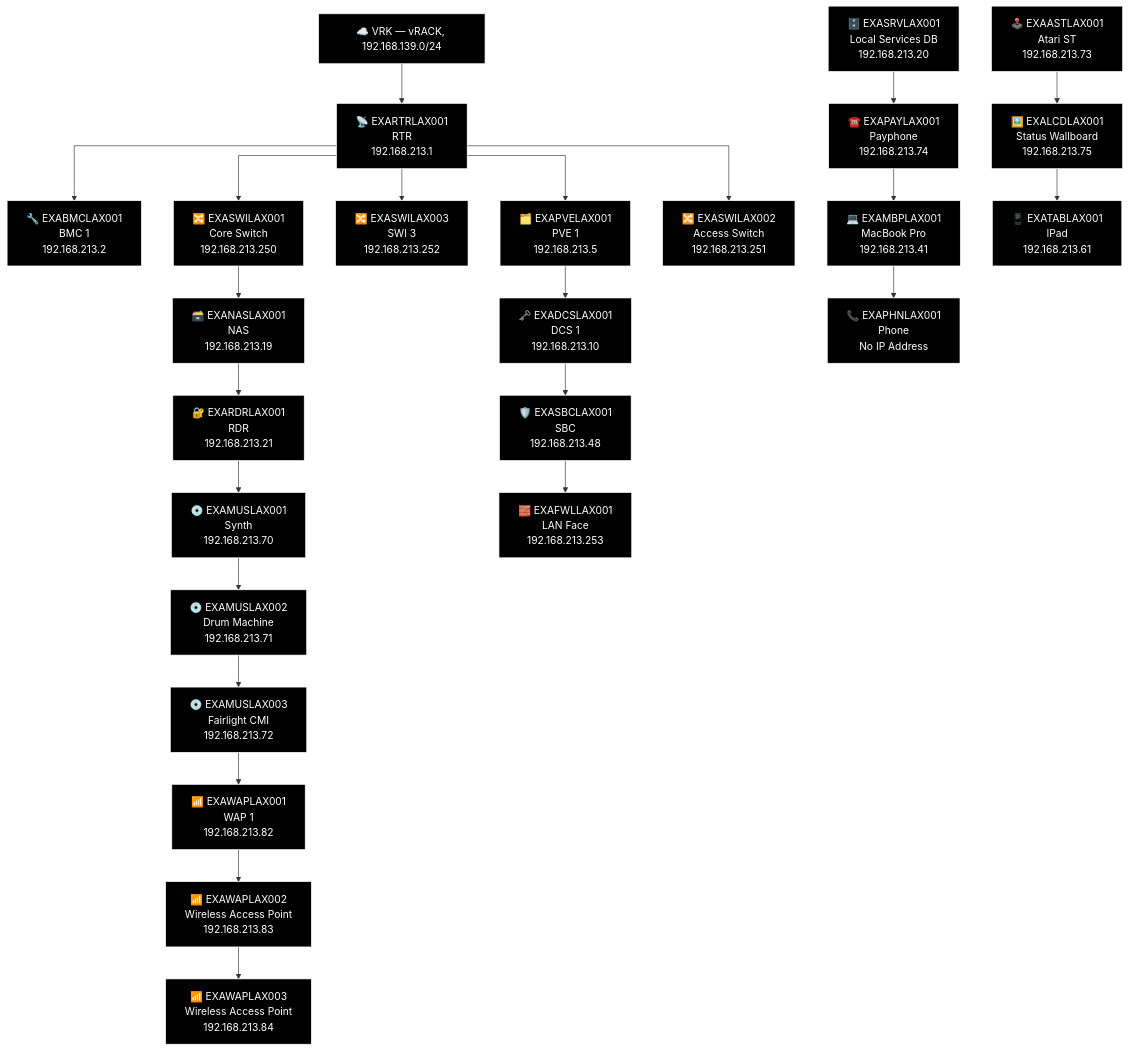
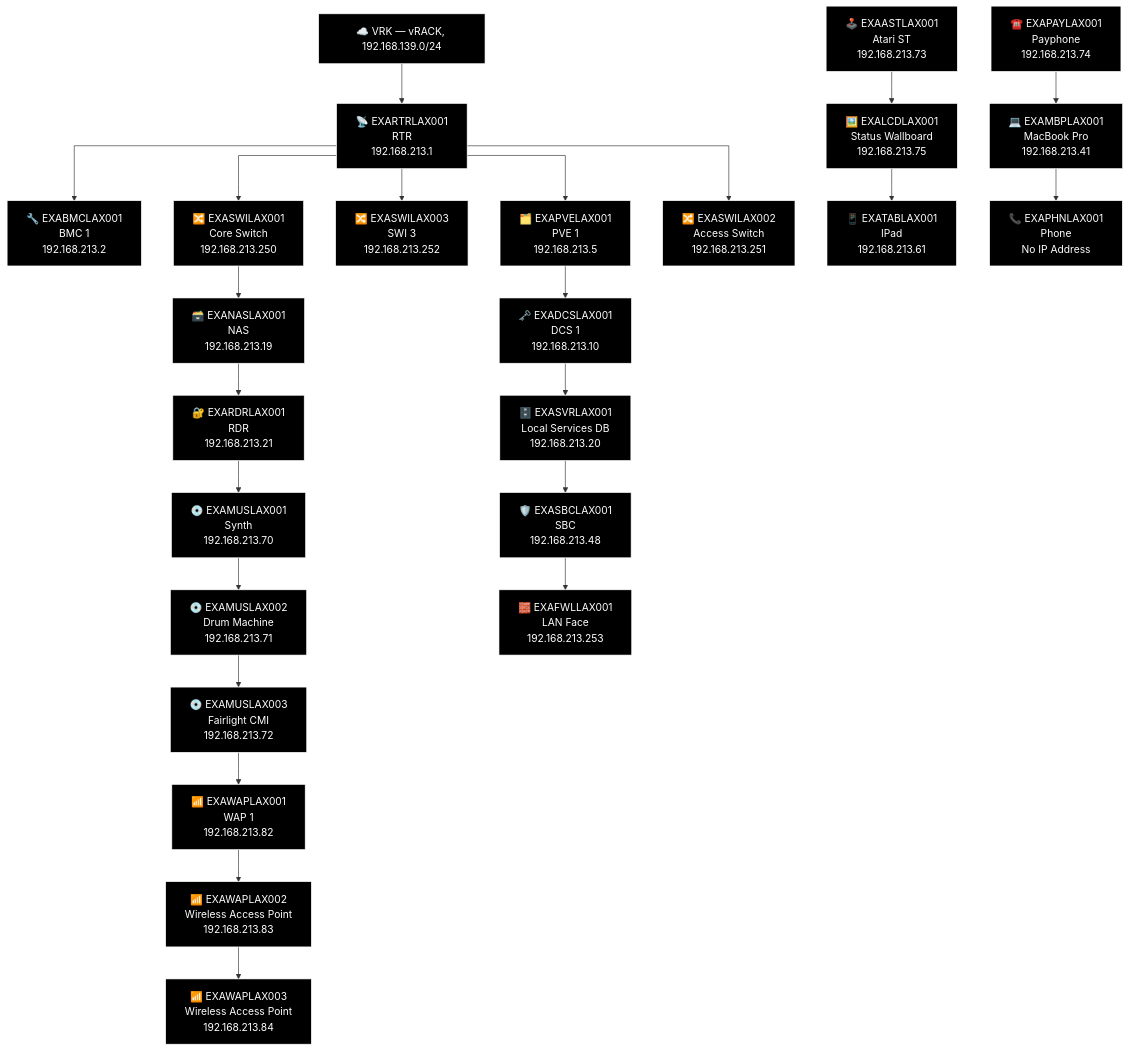
Before and after one commit to knightmare2600/example_music_infra: the third of 19 diagrams in docs/network-diagram/united-states.md, drawn with Mermaid. The commit also changed other lines of this file and 44 other files, not shown here.

````diff
--- a/docs/network-diagram/united-states.md
+++ b/docs/network-diagram/united-states.md
@@ -128,66 +128,66 @@
 ```mermaid
 %% GENERATED:TOPOLOGY:LAX:START
 %%{init: {'flowchart': {'curve': 'stepAfter'}}}%%
 graph TD
     T_VRK["☁️ VRK — vRACK, 192.168.139.0/24"]
     T_RTR["📡 EXARTRLAX001<br/>RTR<br/>192.168.213.1"]
     T_VRK --> T_RTR
     T_BMC["🔧 EXABMCLAX001<br/>BMC 1<br/>192.168.213.2"]
     T_RTR --> T_BMC
     T_PVE["🗂️ EXAPVELAX001<br/>PVE 1<br/>192.168.213.5"]
     T_RTR --> T_PVE
     T_SWI["🔀 EXASWILAX003<br/>SWI 3<br/>192.168.213.252"]
     T_RTR --> T_SWI
     T_SWI2["🔀 EXASWILAX001<br/>Core Switch<br/>192.168.213.250"]
     T_RTR --> T_SWI2
     T_SWI3["🔀 EXASWILAX002<br/>Access Switch<br/>192.168.213.251"]
     T_RTR --> T_SWI3
     T_NAS["🗃️ EXANASLAX001<br/>NAS<br/>192.168.213.19"]
     T_RDR["🔐 EXARDRLAX001<br/>RDR<br/>192.168.213.21"]
     T_MUS["💿 EXAMUSLAX001<br/>Synth<br/>192.168.213.70"]
     T_MUS2["💿 EXAMUSLAX002<br/>Drum Machine<br/>192.168.213.71"]
     T_MUS3["💿 EXAMUSLAX003<br/>Fairlight CMI<br/>192.168.213.72"]
     T_WAP["📶 EXAWAPLAX001<br/>WAP 1<br/>192.168.213.82"]
     T_WAP2["📶 EXAWAPLAX002<br/>Wireless Access Point<br/>192.168.213.83"]
     T_WAP3["📶 EXAWAPLAX003<br/>Wireless Access Point<br/>192.168.213.84"]
     T_SWI2 --> T_NAS --> T_RDR --> T_MUS --> T_MUS2 --> T_MUS3 --> T_WAP --> T_WAP2 --> T_WAP3
     T_DCS["🗝️ EXADCSLAX001<br/>DCS 1<br/>192.168.213.10"]
+    T_SVR["🗄️ EXASVRLAX001<br/>Local Services DB<br/>192.168.213.20"]
     T_SBC["🛡️ EXASBCLAX001<br/>SBC<br/>192.168.213.48"]
     T_FWL["🧱 EXAFWLLAX001<br/>LAN Face<br/>192.168.213.253"]
-    T_PVE --> T_DCS --> T_SBC --> T_FWL
-    T_SRV["🗄️ EXASRVLAX001<br/>Local Services DB<br/>192.168.213.20"]
+    T_PVE --> T_DCS --> T_SVR --> T_SBC --> T_FWL
     T_AST["🕹️ EXAASTLAX001<br/>Atari ST<br/>192.168.213.73"]
     T_PAY["☎️ EXAPAYLAX001<br/>Payphone<br/>192.168.213.74"]
     T_LCD["🖼️ EXALCDLAX001<br/>Status Wallboard<br/>192.168.213.75"]
     T_MBP["💻 EXAMBPLAX001<br/>MacBook Pro<br/>192.168.213.41"]
     T_TAB["📱 EXATABLAX001<br/>IPad<br/>192.168.213.61"]
     T_PHN["📞 EXAPHNLAX001<br/>Phone<br/>No IP Address"]
-    T_SRV --> T_PAY --> T_MBP --> T_PHN
     T_AST --> T_LCD --> T_TAB
+    T_PAY --> T_MBP --> T_PHN
     style T_VRK fill:#000000,stroke:#FFFFFF,color:#FFFFFF
     style T_RTR fill:#000000,stroke:#FFFFFF,color:#FFFFFF
     style T_BMC fill:#000000,stroke:#FFFFFF,color:#FFFFFF
     style T_PVE fill:#000000,stroke:#FFFFFF,color:#FFFFFF
     style T_SWI fill:#000000,stroke:#FFFFFF,color:#FFFFFF
     style T_SWI2 fill:#000000,stroke:#FFFFFF,color:#FFFFFF
     style T_SWI3 fill:#000000,stroke:#FFFFFF,color:#FFFFFF
     style T_NAS fill:#000000,stroke:#FFFFFF,color:#FFFFFF
     style T_RDR fill:#000000,stroke:#FFFFFF,color:#FFFFFF
     style T_MUS fill:#000000,stroke:#FFFFFF,color:#FFFFFF
     style T_MUS2 fill:#000000,stroke:#FFFFFF,color:#FFFFFF
     style T_MUS3 fill:#000000,stroke:#FFFFFF,color:#FFFFFF
     style T_WAP fill:#000000,stroke:#FFFFFF,color:#FFFFFF
     style T_WAP2 fill:#000000,stroke:#FFFFFF,color:#FFFFFF
     style T_WAP3 fill:#000000,stroke:#FFFFFF,color:#FFFFFF
     style T_DCS fill:#000000,stroke:#FFFFFF,color:#FFFFFF
+    style T_SVR fill:#000000,stroke:#FFFFFF,color:#FFFFFF
     style T_SBC fill:#000000,stroke:#FFFFFF,color:#FFFFFF
     style T_FWL fill:#000000,stroke:#FFFFFF,color:#FFFFFF
-    style T_SRV fill:#000000,stroke:#FFFFFF,color:#FFFFFF
     style T_AST fill:#000000,stroke:#FFFFFF,color:#FFFFFF
     style T_PAY fill:#000000,stroke:#FFFFFF,color:#FFFFFF
     style T_LCD fill:#000000,stroke:#FFFFFF,color:#FFFFFF
     style T_MBP fill:#000000,stroke:#FFFFFF,color:#FFFFFF
     style T_TAB fill:#000000,stroke:#FFFFFF,color:#FFFFFF
     style T_PHN fill:#000000,stroke:#FFFFFF,color:#FFFFFF
 %% GENERATED:TOPOLOGY:LAX:END
 ```
````
